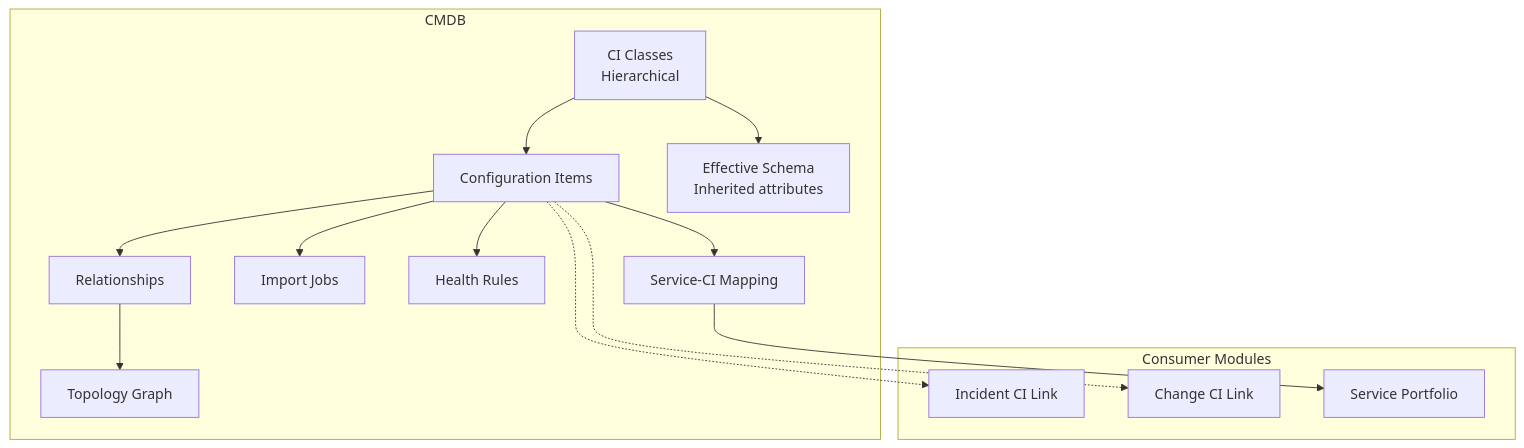
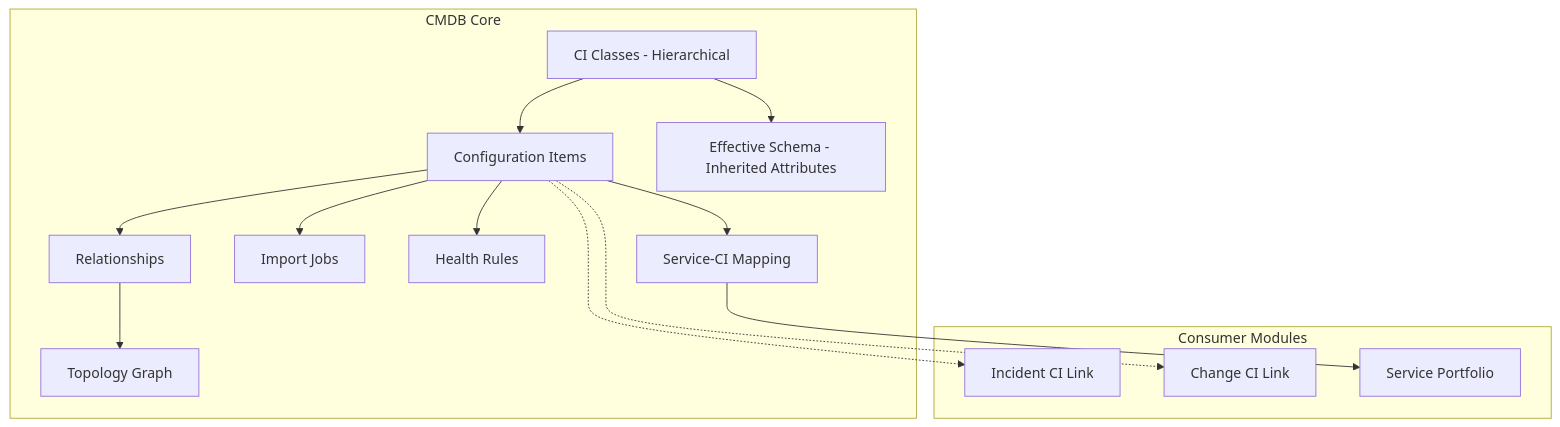
Before and after one commit to Gokhanagingil/grc: the seventh of 7 diagrams in docs/suite/03_ITSM.md, drawn with Mermaid. The commit also changed other lines of this file, not shown here.

````diff
--- a/docs/suite/03_ITSM.md
+++ b/docs/suite/03_ITSM.md
@@ -303,20 +962,22 @@
 ```mermaid
 graph TD
-    subgraph "CMDB"
-        CLS[CI Classes<br/>Hierarchical] --> CI[Configuration Items]
+    subgraph CMDB_Core["CMDB Core"]
+        CLS[CI Classes - Hierarchical] --> CI[Configuration Items]
         CI --> REL[Relationships]
         CI --> IMP[Import Jobs]
         CI --> HEALTH[Health Rules]
-        CLS --> SCHEMA[Effective Schema<br/>Inherited attributes]
+        CLS --> SCHEMA[Effective Schema - Inherited Attributes]
         REL --> TOPO[Topology Graph]
         CI --> SVCMAP[Service-CI Mapping]
     end
-    subgraph "Consumer Modules"
-        INC[Incident CI Link]
-        CHG[Change CI Link]
-        SVC[Service Portfolio]
+
+    subgraph Consumers["Consumer Modules"]
+        INC_LINK[Incident CI Link]
+        CHG_LINK[Change CI Link]
+        SVC_LINK[Service Portfolio]
     end
-    CI -.-> INC
-    CI -.-> CHG
-    SVCMAP --> SVC
+
+    CI -.-> INC_LINK
+    CI -.-> CHG_LINK
+    SVCMAP --> SVC_LINK
 ```
````
